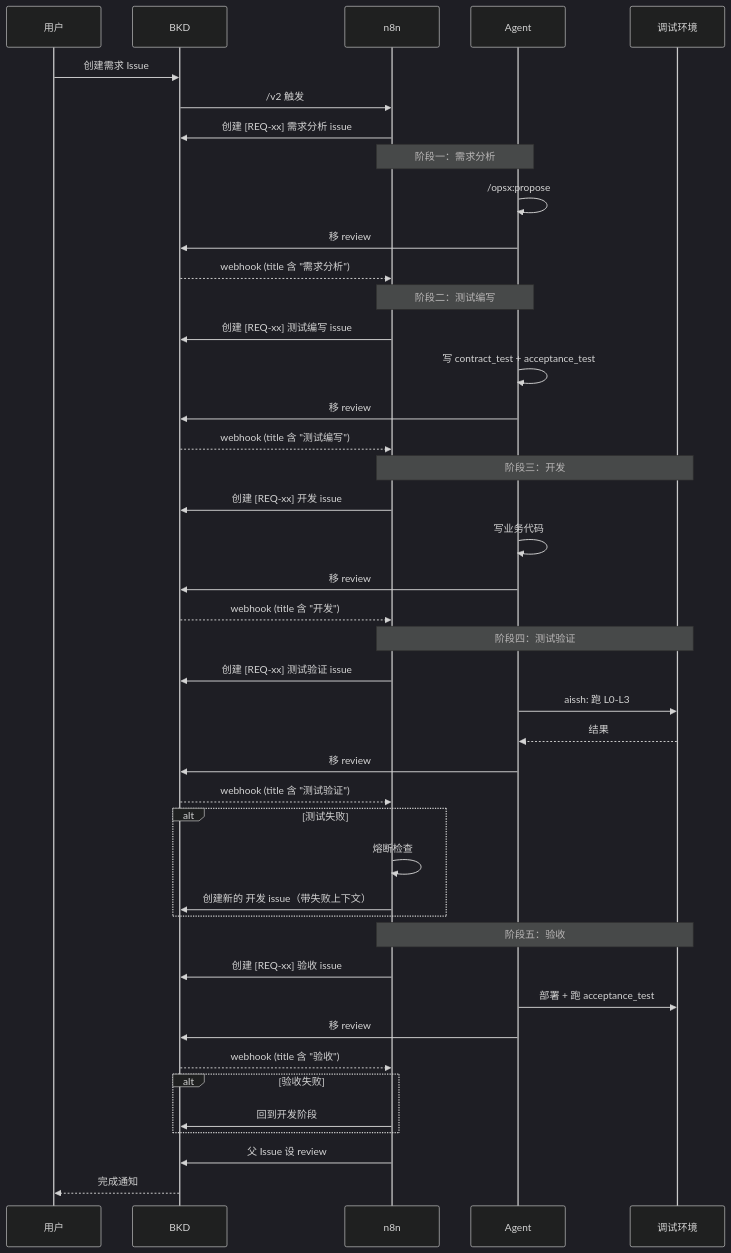
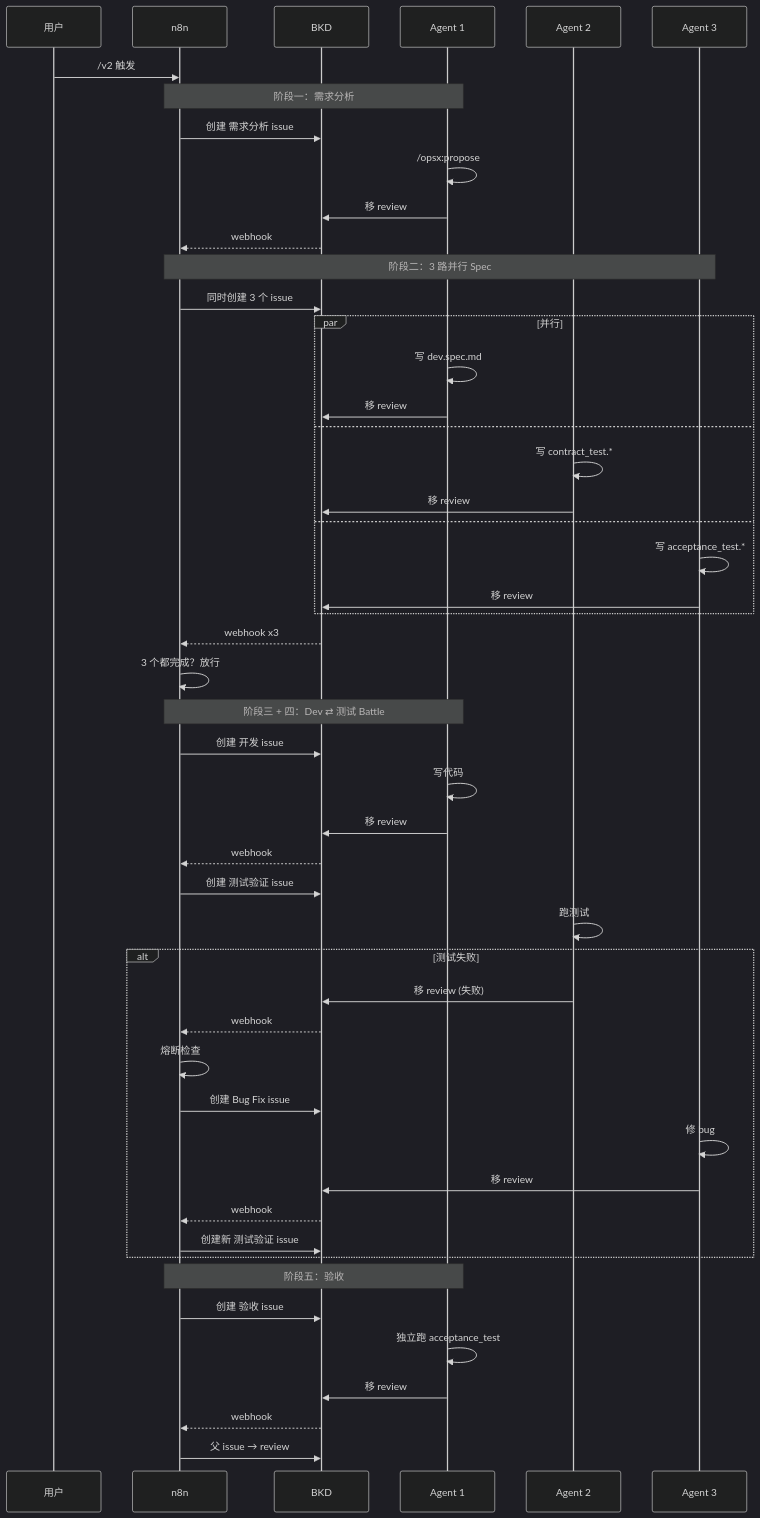
Before and after one commit to phona/sisyphus: the second of 2 diagrams in docs/architecture.md, drawn with Mermaid (dark theme). The commit also changed other lines of this file, not shown here.

First line of the commit message:
docs: 对抗验证架构 - Dev⇄测试 battle + 3路并行Spec

````diff
--- a/docs/architecture.md
+++ b/docs/architecture.md
@@ -90,54 +153,58 @@
 ```mermaid
 sequenceDiagram
     participant User as 用户
+    participant N8N as n8n
     participant BKD as BKD
-    participant N8N as n8n
-    participant Agent as Agent
-    participant Debug as 调试环境
+    participant A1 as Agent 1
+    participant A2 as Agent 2
+    participant A3 as Agent 3
 
-    User->>BKD: 创建需求 Issue
-    BKD->>N8N: /v2 触发
-    N8N->>BKD: 创建 [REQ-xx] 需求分析 issue
+    User->>N8N: /v2 触发
 
-    Note over N8N,Agent: 阶段一：需求分析
-    Agent->>Agent: /opsx:propose
-    Agent->>BKD: 移 review
-    BKD-->>N8N: webhook (title 含 "需求分析")
+    Note over N8N,A1: 阶段一：需求分析
+    N8N->>BKD: 创建 需求分析 issue
+    A1->>A1: /opsx:propose
+    A1->>BKD: 移 review
+    BKD-->>N8N: webhook
 
-    Note over N8N,Agent: 阶段二：测试编写
-    N8N->>BKD: 创建 [REQ-xx] 测试编写 issue
-    Agent->>Agent: 写 contract_test + acceptance_test
-    Agent->>BKD: 移 review
-    BKD-->>N8N: webhook (title 含 "测试编写")
+    Note over N8N,A3: 阶段二：3 路并行 Spec
+    N8N->>BKD: 同时创建 3 个 issue
+    par 并行
+        A1->>A1: 写 dev.spec.md
+        A1->>BKD: 移 review
+    and
+        A2->>A2: 写 contract_test.*
+        A2->>BKD: 移 review
+    and
+        A3->>A3: 写 acceptance_test.*
+        A3->>BKD: 移 review
+    end
+    BKD-->>N8N: webhook x3
+    N8N->>N8N: 3 个都完成？放行
 
-    Note over N8N,Debug: 阶段三：开发
-    N8N->>BKD: 创建 [REQ-xx] 开发 issue
-    Agent->>Agent: 写业务代码
-    Agent->>BKD: 移 review
-    BKD-->>N8N: webhook (title 含 "开发")
-
-    Note over N8N,Debug: 阶段四：测试验证
-    N8N->>BKD: 创建 [REQ-xx] 测试验证 issue
-    Agent->>Debug: aissh: 跑 L0-L3
-    Debug-->>Agent: 结果
-    Agent->>BKD: 移 review
-    BKD-->>N8N: webhook (title 含 "测试验证")
+    Note over N8N,A1: 阶段三 + 四：Dev ⇄ 测试 Battle
+    N8N->>BKD: 创建 开发 issue
+    A1->>A1: 写代码
+    A1->>BKD: 移 review
+    BKD-->>N8N: webhook
+    N8N->>BKD: 创建 测试验证 issue
+    A2->>A2: 跑测试
 
     alt 测试失败
+        A2->>BKD: 移 review (失败)
+        BKD-->>N8N: webhook
         N8N->>N8N: 熔断检查
-        N8N->>BKD: 创建新的 开发 issue（带失败上下文）
+        N8N->>BKD: 创建 Bug Fix issue
+        A3->>A3: 修 bug
+        A3->>BKD: 移 review
+        BKD-->>N8N: webhook
+        N8N->>BKD: 创建新 测试验证 issue
     end
 
-    Note over N8N,Debug: 阶段五：验收
-    N8N->>BKD: 创建 [REQ-xx] 验收 issue
-    Agent->>Debug: 部署 + 跑 acceptance_test
-    Agent->>BKD: 移 review
-    BKD-->>N8N: webhook (title 含 "验收")
-
-    alt 验收失败
-        N8N->>BKD: 回到开发阶段
-    end
-
-    N8N->>BKD: 父 Issue 设 review
-    BKD-->>User: 完成通知
+    Note over N8N,A1: 阶段五：验收
+    N8N->>BKD: 创建 验收 issue
+    A1->>A1: 独立跑 acceptance_test
+    A1->>BKD: 移 review
+    BKD-->>N8N: webhook
+    N8N->>BKD: 父 issue → review
 ```
````
